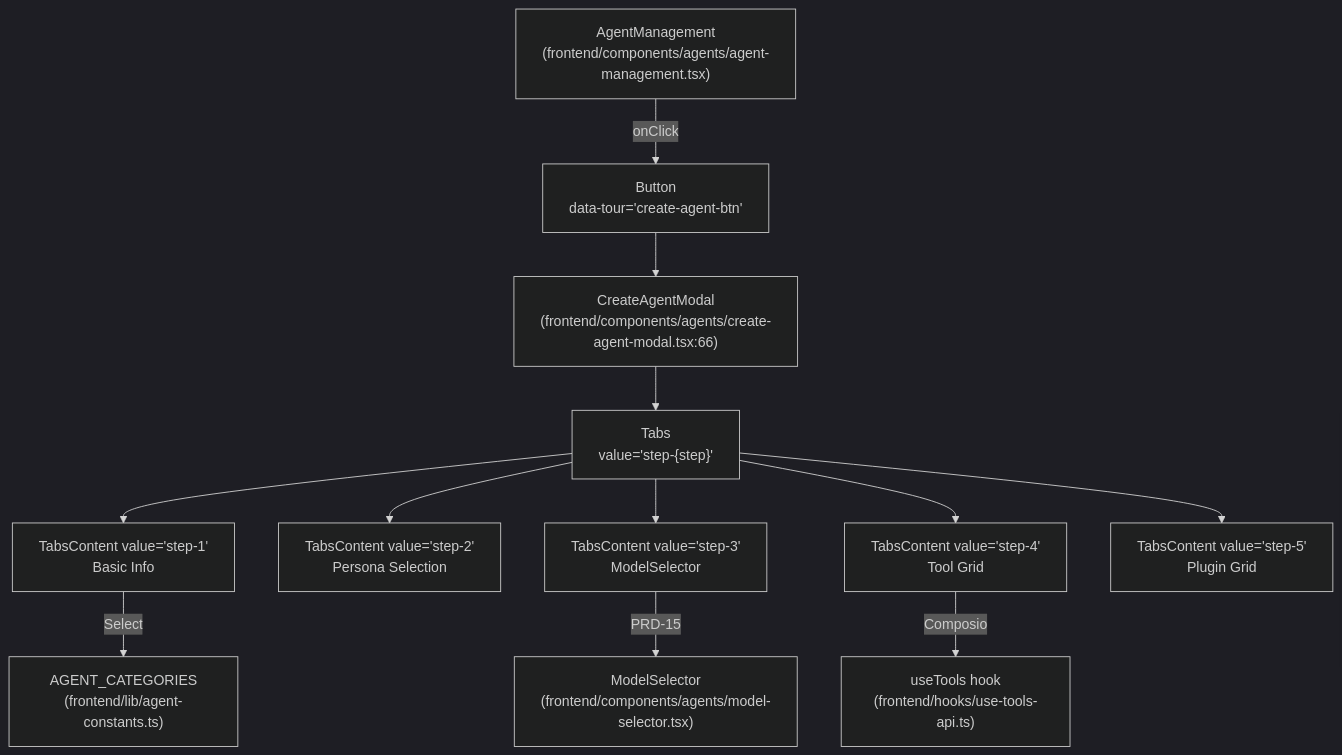
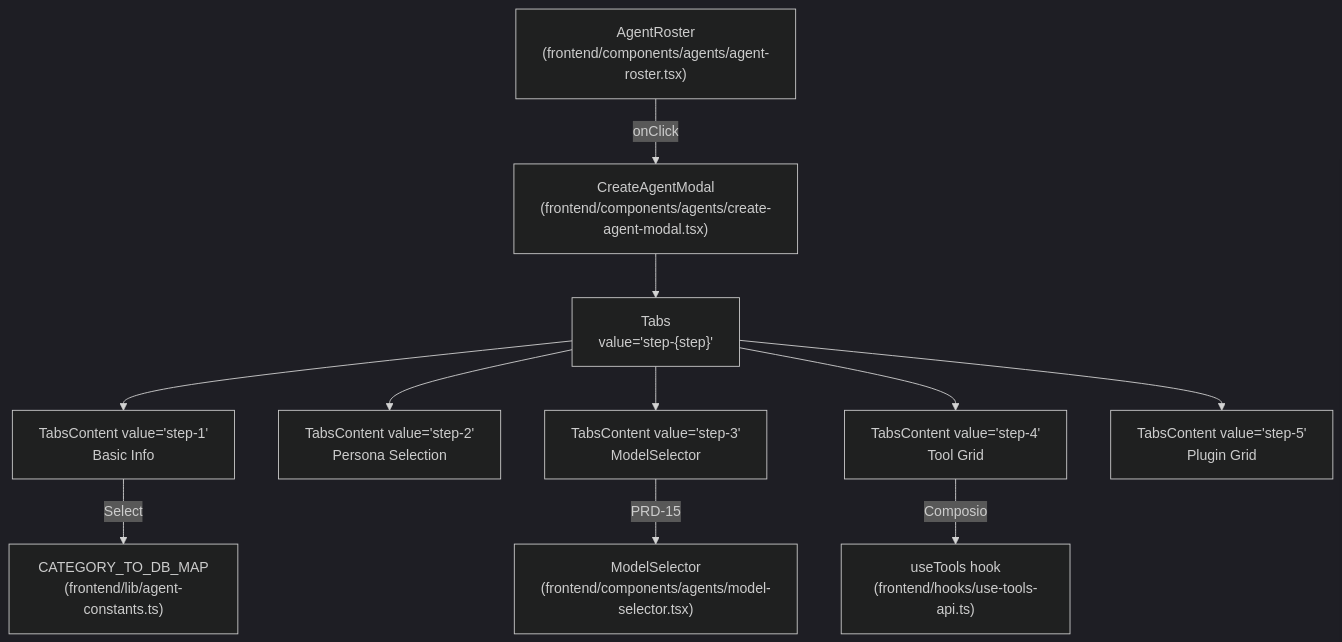
Before and after one commit to AutomatosAI/automatos-ai: the second of 2 diagrams in docs/agents/creating-agents.md, drawn with Mermaid (dark theme). The commit also changed other lines of this file and 153 other files, not shown here.

````diff
--- a/docs/agents/creating-agents.md
+++ b/docs/agents/creating-agents.md
@@ -109,25 +96,23 @@
 ```mermaid
 graph TB
-    AgentManagement["AgentManagement<br/>(frontend/components/agents/agent-management.tsx)"]
-    CreateButton["Button<br/>data-tour='create-agent-btn'"]
-    CreateAgentModal["CreateAgentModal<br/>(frontend/components/agents/create-agent-modal.tsx:66)"]
+    AgentRoster["AgentRoster<br/>(frontend/components/agents/agent-roster.tsx)"]
+    CreateAgentModal["CreateAgentModal<br/>(frontend/components/agents/create-agent-modal.tsx)"]
     TabsComponent["Tabs<br/>value='step-{step}'"]
     TabContent1["TabsContent value='step-1'<br/>Basic Info"]
     TabContent2["TabsContent value='step-2'<br/>Persona Selection"]
     TabContent3["TabsContent value='step-3'<br/>ModelSelector"]
     TabContent4["TabsContent value='step-4'<br/>Tool Grid"]
     TabContent5["TabsContent value='step-5'<br/>Plugin Grid"]
     
-    AgentManagement -->|"onClick"| CreateButton
-    CreateButton --> CreateAgentModal
+    AgentRoster -->|"onClick"| CreateAgentModal
     CreateAgentModal --> TabsComponent
     TabsComponent --> TabContent1
     TabsComponent --> TabContent2
     TabsComponent --> TabContent3
     TabsComponent --> TabContent4
     TabsComponent --> TabContent5
     
-    TabContent1 -->|"Select"| CategorySelect["AGENT_CATEGORIES<br/>(frontend/lib/agent-constants.ts)"]
+    TabContent1 -->|"Select"| CategoryConstants["CATEGORY_TO_DB_MAP<br/>(frontend/lib/agent-constants.ts)"]
     TabContent3 -->|"PRD-15"| ModelSelectorComp["ModelSelector<br/>(frontend/components/agents/model-selector.tsx)"]
-    TabContent4 -->|"Composio"| ToolCheckbox["useTools hook<br/>(frontend/hooks/use-tools-api.ts)"]
+    TabContent4 -->|"Composio"| ToolHook["useTools hook<br/>(frontend/hooks/use-tools-api.ts)"]
 ```
````
